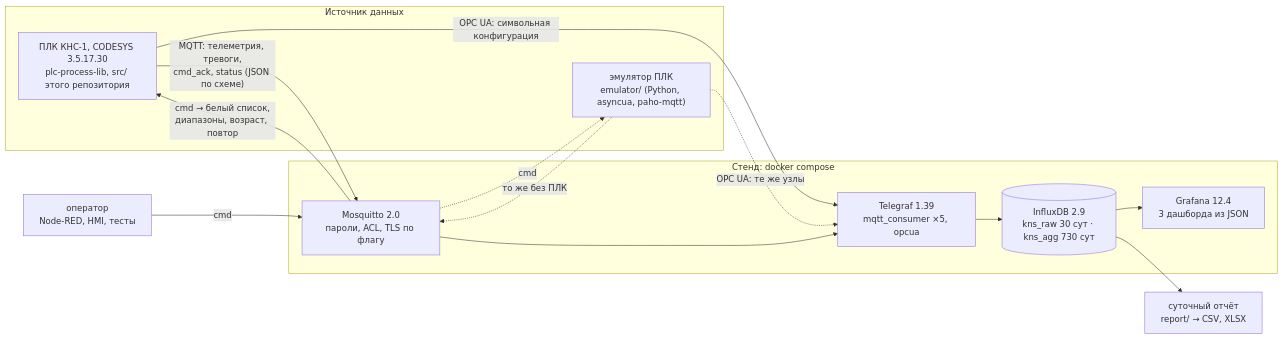
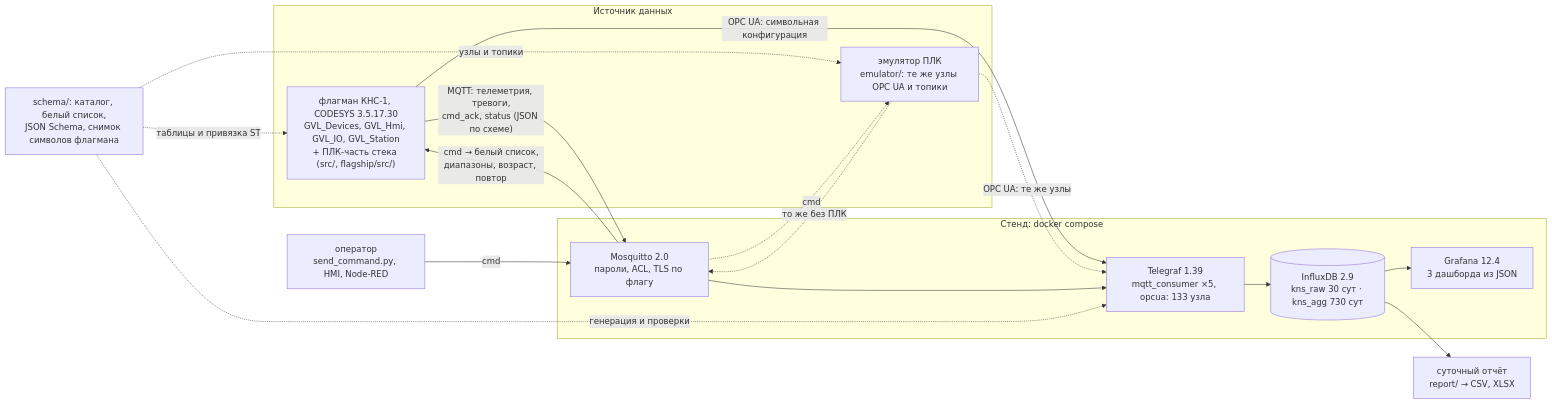
One commit to kr0nsch/plc-iiot-stack changed the diagram in README.md. Above: the diagram before and after it, drawn with Mermaid. The commit also changed other lines of this file and 13 other files, not shown here.

````diff
--- a/README.md
+++ b/README.md
@@ -111,25 +293,29 @@
 ```mermaid
 flowchart LR
     subgraph src["Источник данных"]
-        plc["ПЛК КНС-1, CODESYS 3.5.17.30<br/>plc-process-lib, src/ этого репозитория"]
-        emu["эмулятор ПЛК<br/>emulator/ (Python, asyncua, paho-mqtt)"]
+        plc["флагман КНС-1, CODESYS 3.5.17.30<br/>GVL_Devices, GVL_Hmi, GVL_IO, GVL_Station<br/>+ ПЛК-часть стека (src/, flagship/src/)"]
+        emu["эмулятор ПЛК<br/>emulator/: те же узлы OPC UA и топики"]
     end
     subgraph stack["Стенд: docker compose"]
         mq["Mosquitto 2.0<br/>пароли, ACL, TLS по флагу"]
-        tg["Telegraf 1.39<br/>mqtt_consumer ×5, opcua"]
+        tg["Telegraf 1.39<br/>mqtt_consumer ×5, opcua: 133 узла"]
         db[("InfluxDB 2.9<br/>kns_raw 30 сут · kns_agg 730 сут")]
         gf["Grafana 12.4<br/>3 дашборда из JSON"]
     end
-    op["оператор<br/>Node-RED, HMI, тесты"]
+    op["оператор<br/>send_command.py, HMI, Node-RED"]
     rep["суточный отчёт<br/>report/ → CSV, XLSX"]
+    contract["schema/: каталог, белый список,<br/>JSON Schema, снимок символов флагмана"]
 
     plc -- "MQTT: телеметрия, тревоги,<br/>cmd_ack, status (JSON по схеме)" --> mq
     emu -. "то же без ПЛК" .-> mq
     plc -- "OPC UA: символьная конфигурация" --> tg
     emu -. "OPC UA: те же узлы" .-> tg
     mq --> tg --> db --> gf
     db --> rep
     op -- "cmd" --> mq
     mq -- "cmd → белый список,<br/>диапазоны, возраст, повтор" --> plc
     mq -. "cmd" .-> emu
+    contract -. "генерация и проверки" .-> tg
+    contract -. "таблицы и привязка ST" .-> plc
+    contract -. "узлы и топики" .-> emu
 ```
````
